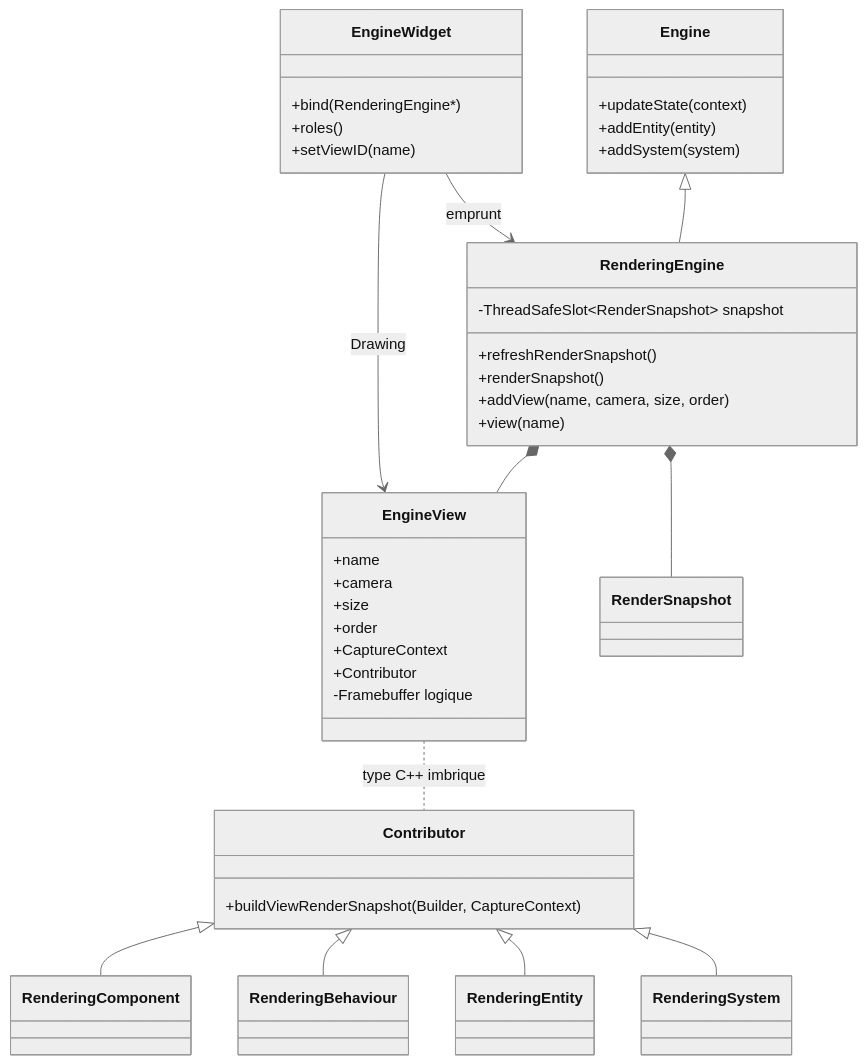
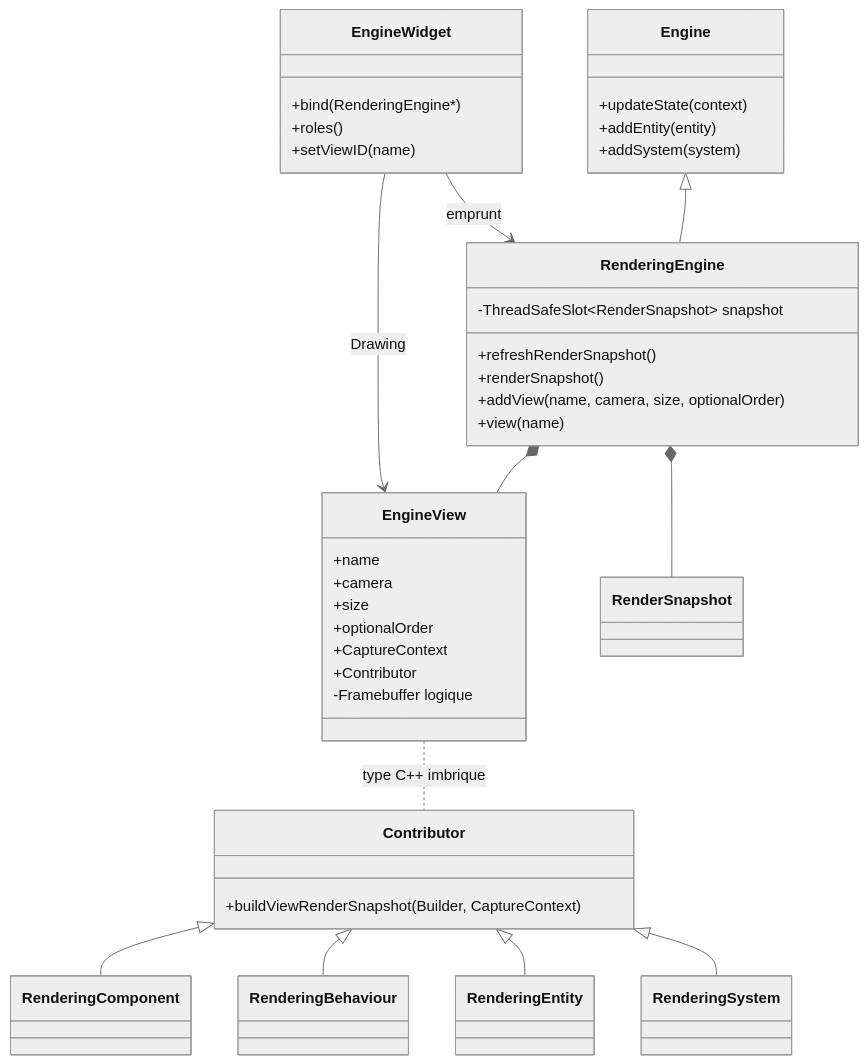
One commit to EreliaStudio/Sparkle changed the sixth of 10 diagrams in docs/voxel-engine-v0.1.4-specification.md. Above: the diagram before and after it, drawn with Mermaid (neutral theme). The commit also changed other lines of this file, not shown here.

Commit message:
docs(v0.1.4): render unordered EngineViews after ordered views in creation order

````diff
--- a/docs/voxel-engine-v0.1.4-specification.md
+++ b/docs/voxel-engine-v0.1.4-specification.md
@@ -588,46 +588,46 @@
 ```mermaid
 classDiagram
   class Engine {
     +updateState(context)
     +addEntity(entity)
     +addSystem(system)
   }
   class RenderingEngine {
     +refreshRenderSnapshot()
     +renderSnapshot()
-    +addView(name, camera, size, order)
+    +addView(name, camera, size, optionalOrder)
     +view(name)
     -ThreadSafeSlot~RenderSnapshot~ snapshot
   }
   class EngineView {
     +name
     +camera
     +size
-    +order
+    +optionalOrder
     +CaptureContext
     +Contributor
     -Framebuffer logique
   }
   class Contributor {
     +buildViewRenderSnapshot(Builder, CaptureContext)
   }
   class RenderingComponent
   class RenderingBehaviour
   class RenderingEntity
   class RenderingSystem
   class EngineWidget {
     +bind(RenderingEngine*)
     +roles()
     +setViewID(name)
   }
   Engine <|-- RenderingEngine
   RenderingEngine *-- EngineView
   RenderingEngine *-- RenderSnapshot
   EngineView .. Contributor : type C++ imbrique
   Contributor <|-- RenderingComponent
   Contributor <|-- RenderingBehaviour
   Contributor <|-- RenderingEntity
   Contributor <|-- RenderingSystem
   EngineWidget --> RenderingEngine : emprunt
   EngineWidget --> EngineView : Drawing
 ```
````
